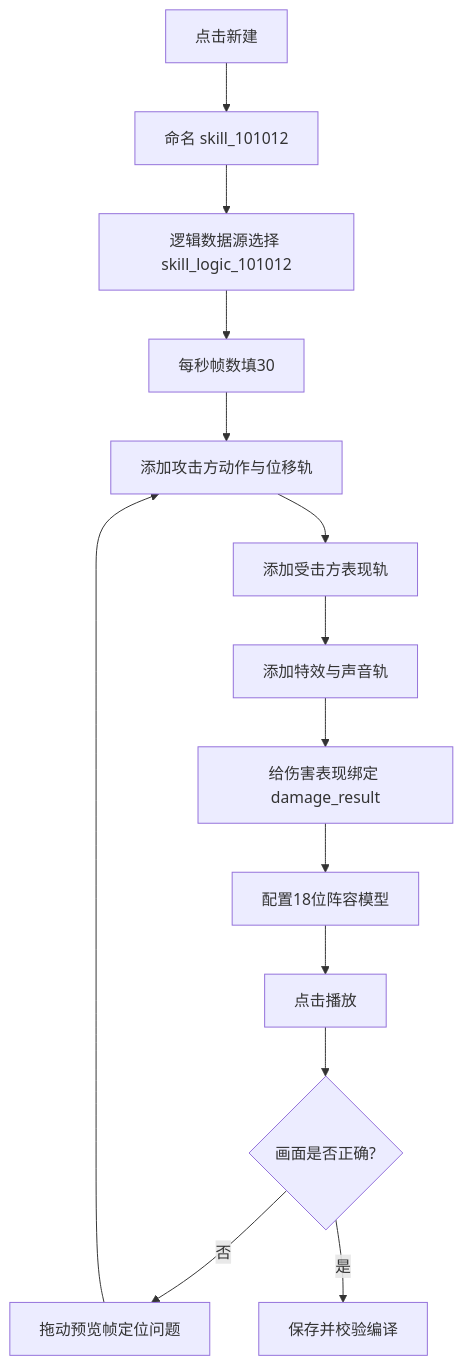
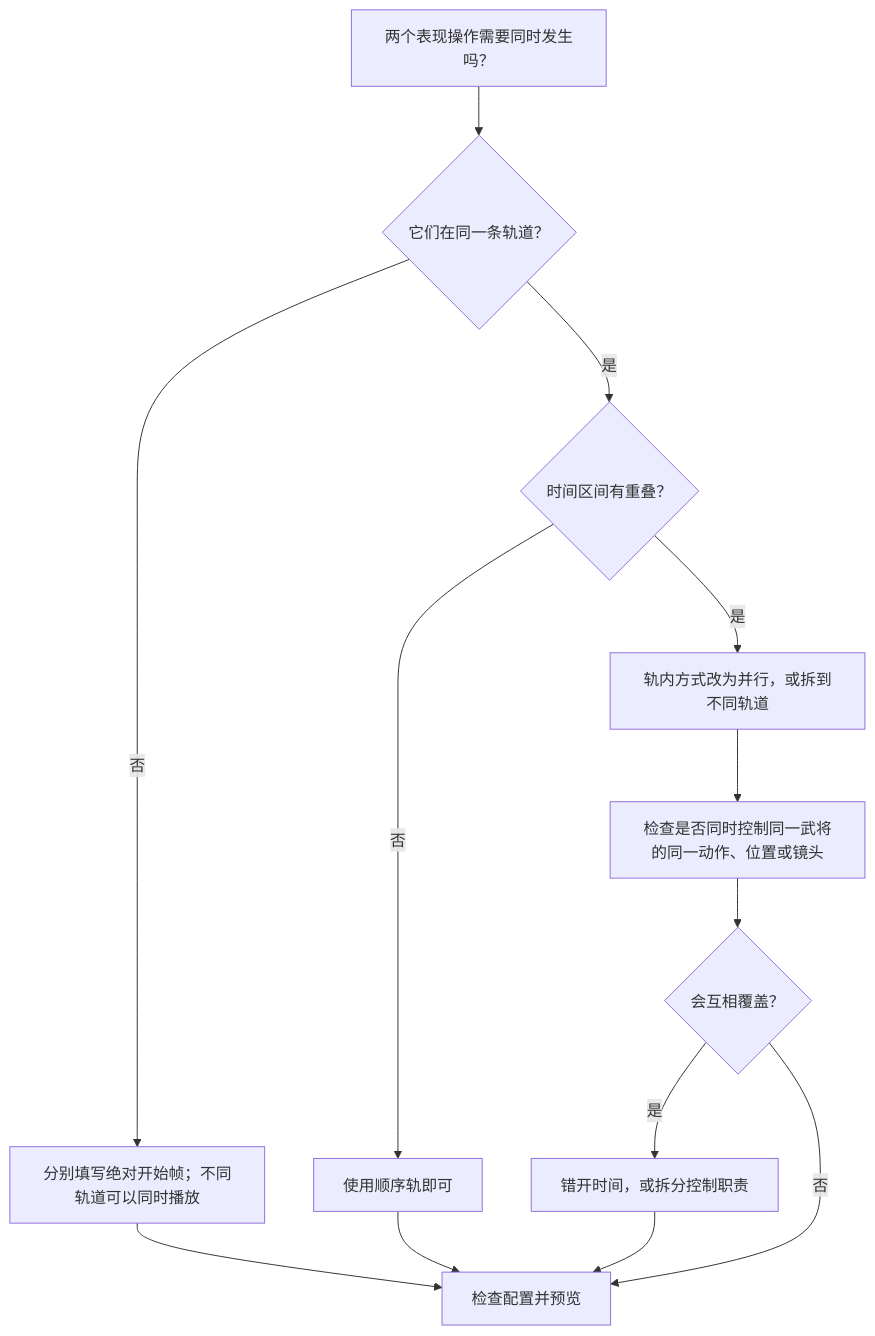
Before and after one commit to liuxiuyang0926-bit/LxyProject: the seventh of 13 diagrams in Packages/LxyGame/LxyGame.Logic/Documentation~/TurnBasedSkillAuthoringGuide.md, drawn with Mermaid. The commit also changed other lines of this file and 45 other files, not shown here.

````diff
--- a/Packages/LxyGame/LxyGame.Logic/Documentation~/TurnBasedSkillAuthoringGuide.md
+++ b/Packages/LxyGame/LxyGame.Logic/Documentation~/TurnBasedSkillAuthoringGuide.md
@@ -528,16 +580,15 @@
-```mermaid
+~~~mermaid
 flowchart TD
-    A[点击新建] --> B[命名 skill_101012]
-    B --> C[逻辑数据源选择 skill_logic_101012]
-    C --> D[每秒帧数填30]
-    D --> E[添加攻击方动作与位移轨]
-    E --> F[添加受击方表现轨]
-    F --> G[添加特效与声音轨]
-    G --> H[给伤害表现绑定 damage_result]
-    H --> I[配置18位阵容模型]
-    I --> J[点击播放]
-    J --> K{画面是否正确?}
-    K -- 否 --> L[拖动预览帧定位问题]
-    L --> E
-    K -- 是 --> M[保存并校验编译]
-```
+    A["两个表现操作需要同时发生吗？"] --> B{"它们在同一条轨道？"}
+    B -- 否 --> C["分别填写绝对开始帧；不同轨道可以同时播放"]
+    B -- 是 --> D{"时间区间有重叠？"}
+    D -- 否 --> E["使用顺序轨即可"]
+    D -- 是 --> F["轨内方式改为并行，或拆到不同轨道"]
+    F --> G["检查是否同时控制同一武将的同一动作、位置或镜头"]
+    G --> H{"会互相覆盖？"}
+    H -- 是 --> I["错开时间，或拆分控制职责"]
+    H -- 否 --> J["检查配置并预览"]
+    C --> J
+    E --> J
+    I --> J
+~~~
````
